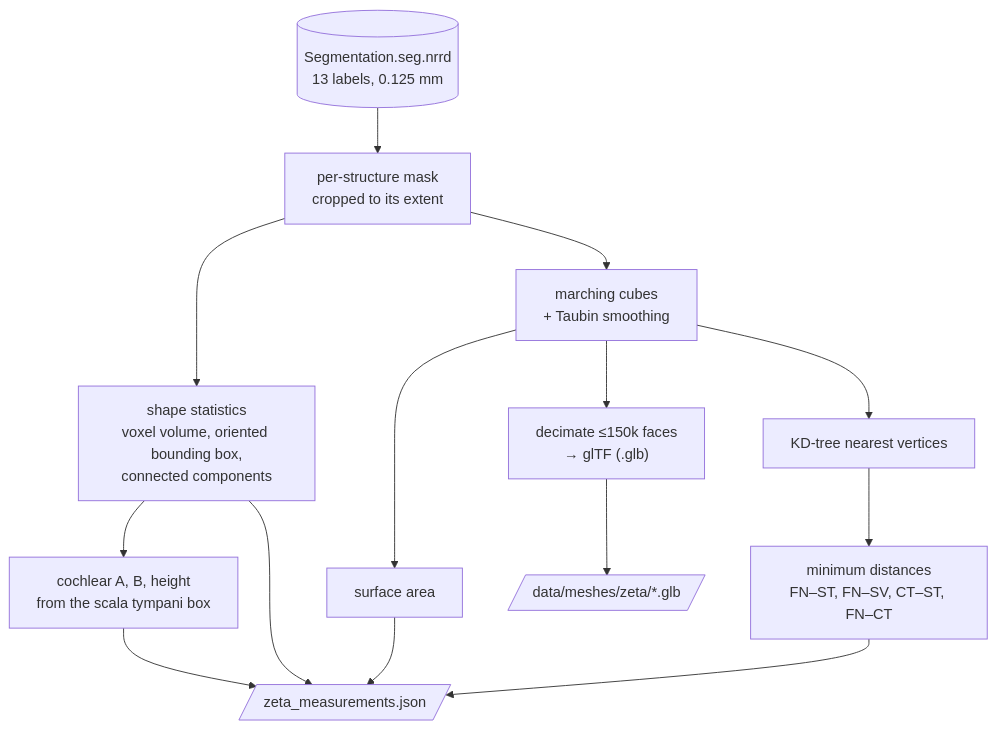
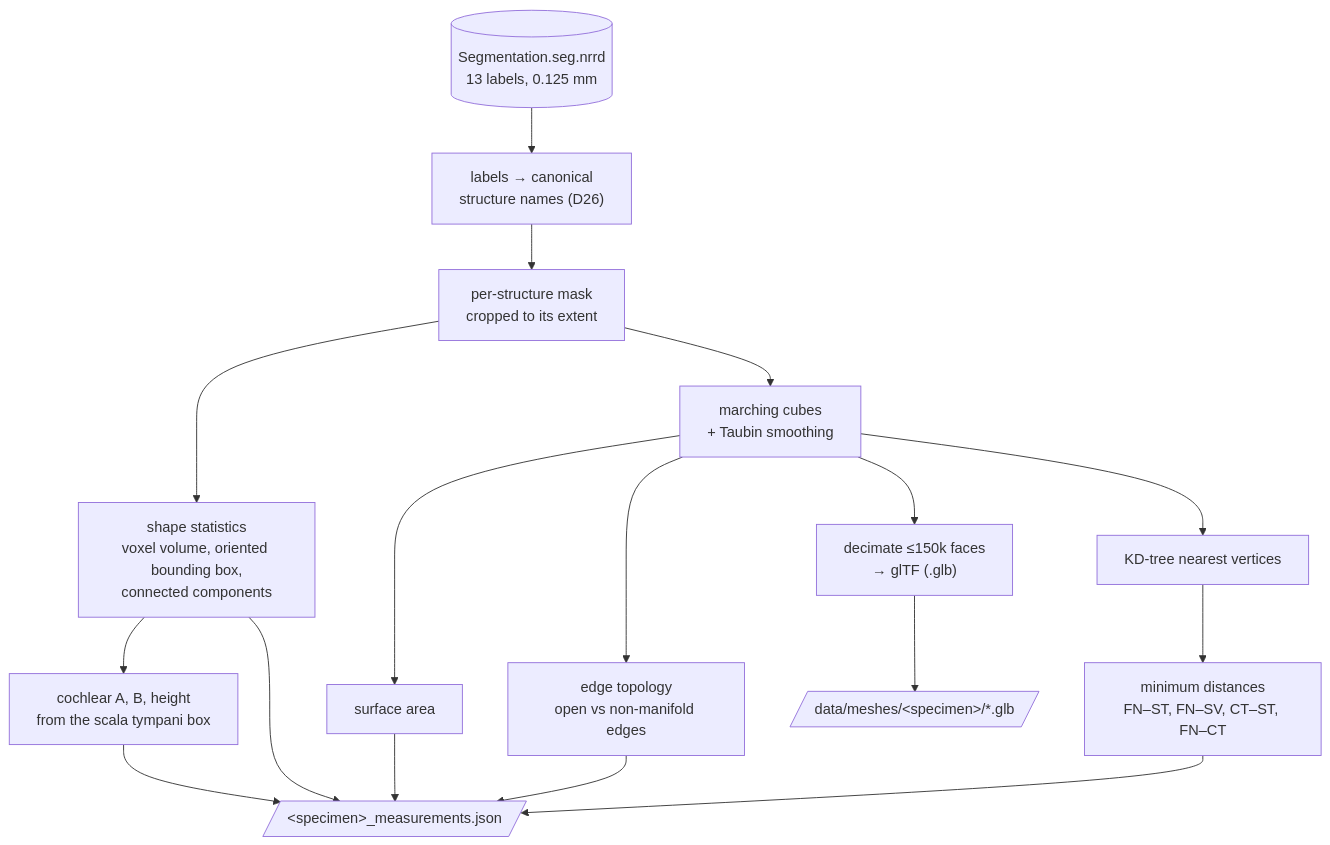
Before and after one commit to ZeeetOne/CochleaHub: the diagram in docs/architecture/02-measurement.md, drawn with Mermaid. The commit also changed other lines of this file and 4 other files, not shown here.

Commit message:
docs: bring the stage 2-6 architecture pages up to date (pgvector, documents, two specimens)

````diff
--- a/docs/architecture/02-measurement.md
+++ b/docs/architecture/02-measurement.md
@@ -6,13 +6,15 @@
 ```mermaid
 flowchart TB
-    SEG[("Segmentation.seg.nrrd<br/>13 labels, 0.125 mm")] --> MASK["per-structure mask<br/>cropped to its extent"]
+    SEG[("Segmentation.seg.nrrd<br/>13 labels, 0.125 mm")] --> CAT["labels → canonical<br/>structure names (D26)"]
+    CAT --> MASK["per-structure mask<br/>cropped to its extent"]
     MASK --> SHAPE["shape statistics<br/>voxel volume, oriented bounding box,<br/>connected components"]
     MASK --> MC["marching cubes<br/>+ Taubin smoothing"]
     MC --> AREA["surface area"]
+    MC --> TOPO["edge topology<br/>open vs non-manifold edges"]
     MC --> GLB["decimate ≤150k faces<br/>→ glTF (.glb)"]
     MC --> KD["KD-tree nearest vertices"]
     SHAPE --> COCH["cochlear A, B, height<br/>from the scala tympani box"]
     KD --> DIST["minimum distances<br/>FN–ST, FN–SV, CT–ST, FN–CT"]
-    SHAPE & AREA & COCH & DIST --> OUT[/"zeta_measurements.json"/]
-    GLB --> MESH[/"data/meshes/zeta/*.glb"/]
+    SHAPE & AREA & TOPO & COCH & DIST --> OUT[/"&lt;specimen&gt;_measurements.json"/]
+    GLB --> MESH[/"data/meshes/&lt;specimen&gt;/*.glb"/]
 ```
````
